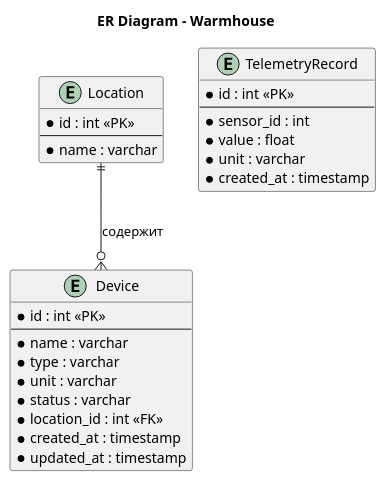
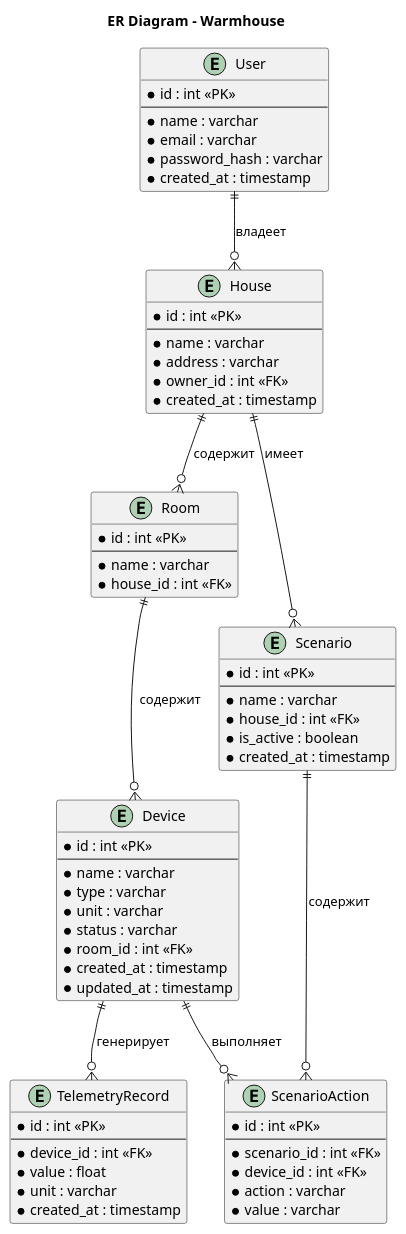
The diagram in schemas/er_warmhouse.puml (DmitriyV003/Yandex-Practicum-Warmhouse), drawn with PlantUML before and after one commit. The commit also changed 27 other files, not shown here.

```diff
--- a/schemas/er_warmhouse.puml
+++ b/schemas/er_warmhouse.puml
@@ -1,33 +1,76 @@
 @startuml
 title ER Diagram - Warmhouse
 
-entity "Location" as loc {
+entity "User" as usr {
     * id : int <<PK>>
     --
     * name : varchar
+    * email : varchar
+    * password_hash : varchar
+    * created_at : timestamp
+}
+
+entity "House" as house {
+    * id : int <<PK>>
+    --
+    * name : varchar
+    * address : varchar
+    * owner_id : int <<FK>>
+    * created_at : timestamp
+}
+
+entity "Room" as room {
+    * id : int <<PK>>
+    --
+    * name : varchar
+    * house_id : int <<FK>>
 }
 
 entity "Device" as dev {
     * id : int <<PK>>
     --
     * name : varchar
     * type : varchar
     * unit : varchar
     * status : varchar
-    * location_id : int <<FK>>
+    * room_id : int <<FK>>
     * created_at : timestamp
     * updated_at : timestamp
 }
 
 entity "TelemetryRecord" as tel {
     * id : int <<PK>>
     --
-    * sensor_id : int
+    * device_id : int <<FK>>
     * value : float
     * unit : varchar
     * created_at : timestamp
 }
 
-loc ||--o{ dev : "содержит"
+entity "Scenario" as scn {
+    * id : int <<PK>>
+    --
+    * name : varchar
+    * house_id : int <<FK>>
+    * is_active : boolean
+    * created_at : timestamp
+}
+
+entity "ScenarioAction" as act {
+    * id : int <<PK>>
+    --
+    * scenario_id : int <<FK>>
+    * device_id : int <<FK>>
+    * action : varchar
+    * value : varchar
+}
+
+usr ||--o{ house : "владеет"
+house ||--o{ room : "содержит"
+room ||--o{ dev : "содержит"
+dev ||--o{ tel : "генерирует"
+house ||--o{ scn : "имеет"
+scn ||--o{ act : "содержит"
+dev ||--o{ act : "выполняет"
 
 @enduml
```
